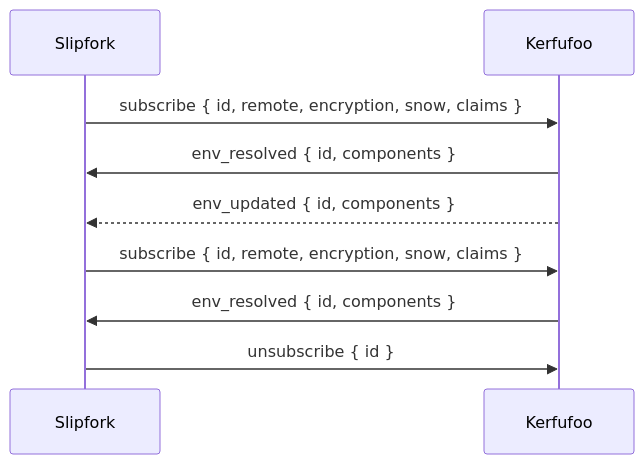
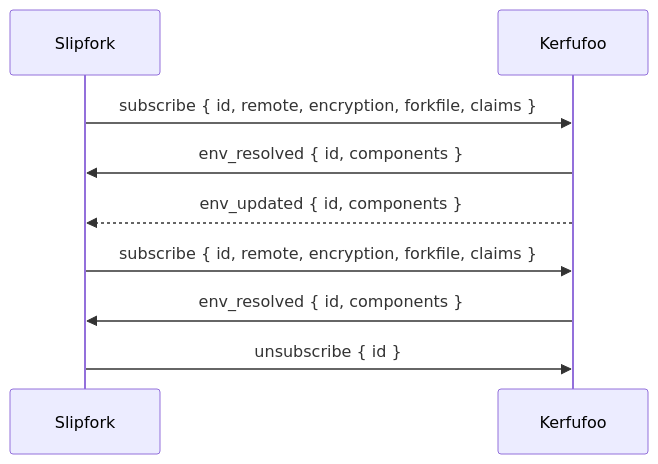
The third of 4 diagrams in docs/design/ospp.md (OffworldNexus/slipfork), drawn with Mermaid before and after one commit. The commit also changed other lines of this file and 43 other files, not shown here.

````diff
--- a/docs/design/ospp.md
+++ b/docs/design/ospp.md
@@ -111,11 +111,11 @@
 ```mermaid
 sequenceDiagram
   participant C as Slipfork
   participant S as Kerfufoo
-  C->>S: subscribe { id, remote, encryption, snow, claims }
+  C->>S: subscribe { id, remote, encryption, forkfile, claims }
   S->>C: env_resolved { id, components }
   S-->>C: env_updated { id, components }
-  C->>S: subscribe { id, remote, encryption, snow, claims }
+  C->>S: subscribe { id, remote, encryption, forkfile, claims }
   S->>C: env_resolved { id, components }
   C->>S: unsubscribe { id }
 ```
````
